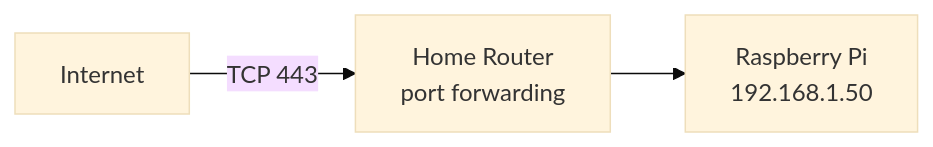
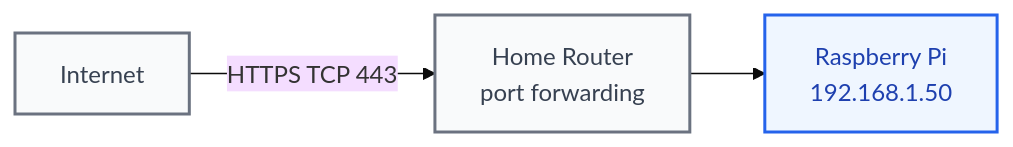
One commit to kiavash599/conduit-control-center changed the diagram in docs/diagrams/source/dgm-08-network-port-forwarding.mmd. Above: the diagram before and after it, drawn with Mermaid (base theme). The commit also changed other lines of this file and 36 other files, not shown here.

Commit message:
docs: add networking chapter diagrams

```diff
--- a/docs/diagrams/source/dgm-08-network-port-forwarding.mmd
+++ b/docs/diagrams/source/dgm-08-network-port-forwarding.mmd
@@ -1,3 +1,11 @@
-%% DGM-08 network-port-forwarding — inbound traffic on a port is forwarded to the Raspberry Pi
+%% DGM-08 network-port-forwarding - inbound traffic on a port is forwarded to the Raspberry Pi
 flowchart LR
-  I[Internet] -->|TCP 443| R[Home Router<br/>port forwarding] --> Pi[Raspberry Pi<br/>192.168.1.50]
+  I[Internet] -->|HTTPS TCP 443| R[Home Router<br/>port forwarding] --> Pi[Raspberry Pi<br/>192.168.1.50]
+
+  classDef primary fill:#EFF6FF,stroke:#2563EB,color:#1E40AF,stroke-width:2px;
+  classDef neutral fill:#F9FAFB,stroke:#6B7280,color:#374151,stroke-width:2px;
+  classDef success fill:#F0FDF4,stroke:#16A34A,color:#166534,stroke-width:2px;
+  classDef warning fill:#FFFBEB,stroke:#D97706,color:#92400E,stroke-width:2px;
+  classDef danger  fill:#FEF2F2,stroke:#DC2626,color:#991B1B,stroke-width:2px;
+  class Pi primary;
+  class I,R neutral;
```
